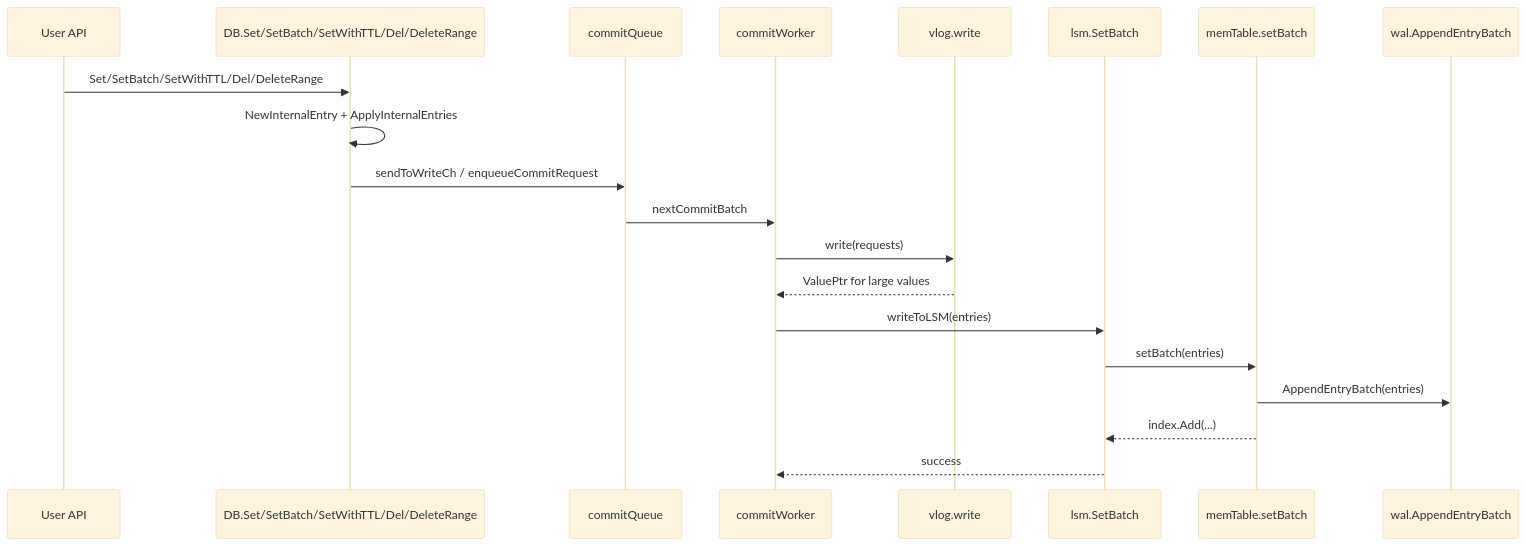
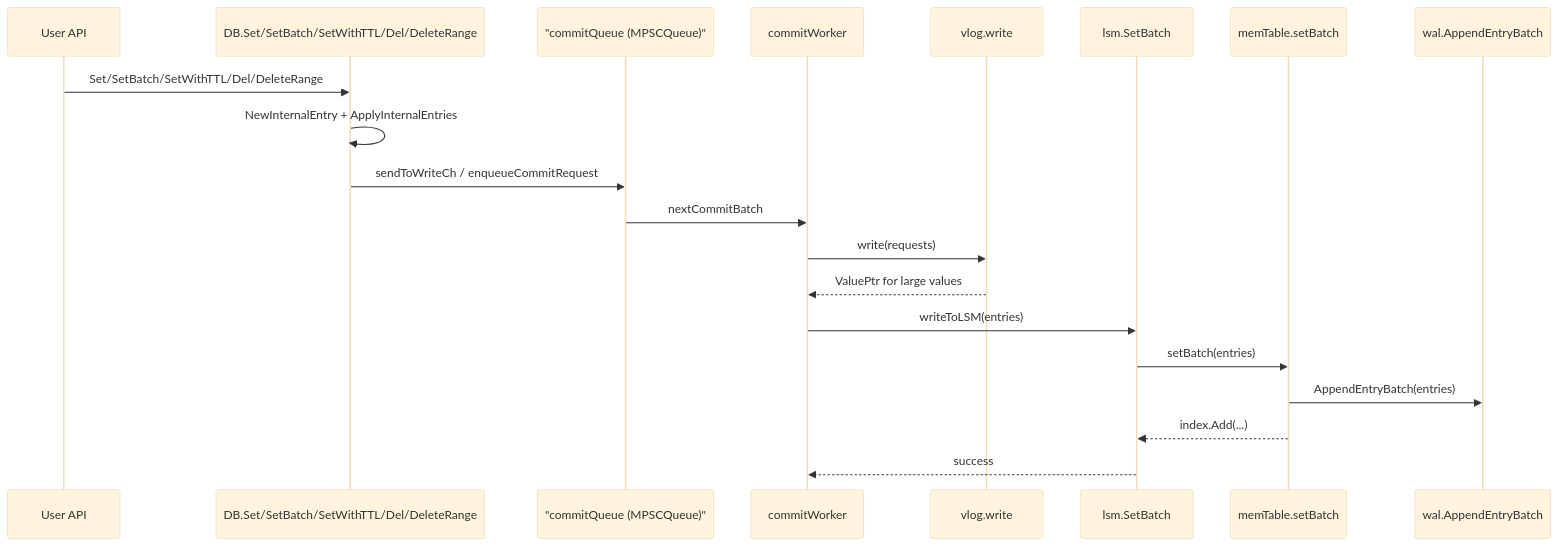
The first of 5 diagrams in docs/runtime.md (feichai0017/NoKV), drawn with Mermaid (base theme) before and after one commit. The commit also changed other lines of this file and 5 other files, not shown here.

Commit message:
docs: align architecture docs with current code

````diff
--- a/docs/runtime.md
+++ b/docs/runtime.md
@@ -43,22 +46,22 @@
 ```mermaid
 sequenceDiagram
     participant U as User API
     participant DB as DB.Set/SetBatch/SetWithTTL/Del/DeleteRange
-    participant Q as commitQueue
+    participant Q as "commitQueue (MPSCQueue)"
     participant W as commitWorker
     participant V as vlog.write
     participant L as lsm.SetBatch
     participant M as memTable.setBatch
     participant WAL as wal.AppendEntryBatch
     U->>DB: Set/SetBatch/SetWithTTL/Del/DeleteRange
     DB->>DB: NewInternalEntry + ApplyInternalEntries
     DB->>Q: sendToWriteCh / enqueueCommitRequest
     Q->>W: nextCommitBatch
     W->>V: write(requests)
     V-->>W: ValuePtr for large values
     W->>L: writeToLSM(entries)
     L->>M: setBatch(entries)
     M->>WAL: AppendEntryBatch(entries)
     M-->>L: index.Add(...)
     L-->>W: success
 ```
````
